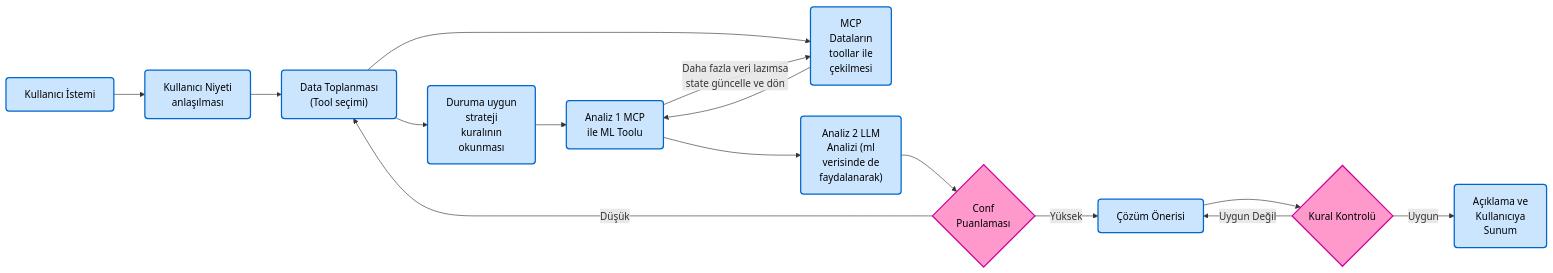
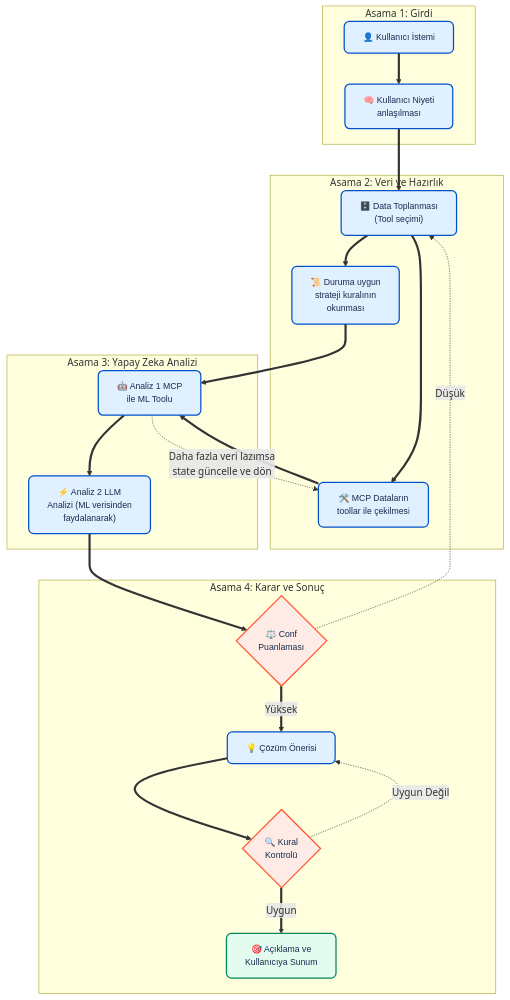
The first of 2 diagrams in ReadMe.md (onuralpArsln/mcpTutorial), drawn with Mermaid before and after one commit. The commit also changed other lines of this file, not shown here.

````diff
--- a/ReadMe.md
+++ b/ReadMe.md
@@ -91,44 +49,57 @@
 ```mermaid
-graph LR
-    %% Düğüm Tanımlamaları
-    A["Kullanıcı İstemi"]
-    B["Kullanıcı Niyeti<br>anlaşılması"]
-    C["Data Toplanması<br>(Tool seçimi)"]
-    D["Duruma uygun<br>strateji<br>kuralının<br>okunması"]
-    E["MCP<br>Dataların<br>toollar ile<br>çekilmesi"]
-    F["Analiz 1 MCP<br>ile ML Toolu"]
-    G["Analiz 2 LLM<br>Analizi (ml<br>verisinde de<br>faydalanarak)"]
-    H{"Conf<br>Puanlaması"}
-    I["Çözüm Önerisi"]
-    J{"Kural Kontrolü"}
-    K["Açıklama ve<br>Kullanıcıya<br>Sunum"]
+graph TD
+    %% Stil ve Renk Tanımlamaları
+    classDef default font-family:sans-serif,font-size:14px;
+    classDef blueBox fill:#E1F0FF,stroke:#0052CC,stroke-width:2px,color:#172B4D,rx:8px,ry:8px;
+    classDef pinkDiamond fill:#FFEBE6,stroke:#FF5630,stroke-width:2px,color:#172B4D;
+    classDef finalBox fill:#E3FCEF,stroke:#00875A,stroke-width:2px,color:#172B4D,rx:8px,ry:8px;
 
-    %% Akış Bağlantıları
-    A --> B --> C
+    %% Süreçleri Gruplama
+    subgraph Asama 1: Girdi
+        A["👤 Kullanıcı İstemi"]
+        B["🧠 Kullanıcı Niyeti<br>anlaşılması"]
+    end
+
+    subgraph Asama 2: Veri ve Hazırlık
+        C["🗄️ Data Toplanması<br>(Tool seçimi)"]
+        D["📜 Duruma uygun<br>strateji kuralının<br>okunması"]
+        E["🛠️ MCP Dataların<br>toollar ile çekilmesi"]
+    end
+
+    subgraph Asama 3: Yapay Zeka Analizi
+        F["🤖 Analiz 1 MCP<br>ile ML Toolu"]
+        G["⚡ Analiz 2 LLM<br>Analizi (ML verisinden<br>faydalanarak)"]
+    end
+
+    subgraph Asama 4: Karar ve Sonuç
+        H{"⚖️ Conf<br>Puanlaması"}
+        I["💡 Çözüm Önerisi"]
+        J{"🔍 Kural<br>Kontrolü"}
+        K["🎯 Açıklama ve<br>Kullanıcıya Sunum"]
+    end
+
+    %% Ana Akış Bağlantıları
+    A ==> B ==> C
     
-    C --> D
-    C --> E
+    C ==> D
+    C ==> E
     
-    D --> F
-    E --> F
+    D ==> F
+    E ==> F
+    F ==> G
+    G ==> H
     
-    F -->|Daha fazla veri lazımsa<br>state güncelle ve dön| E
-    F --> G
-    
-    G --> H
-    
-    H -->|Düşük| C
-    H -->|Yüksek| I
-    
-    I --> J
-    
-    J -->|Uygun Değil| I
-    J -->|Uygun| K
+    H ==>|Yüksek| I
+    I ==> J
+    J ==>|Uygun| K
 
-    %% Renklendirme ve Stiller
-    classDef blueBox fill:#cce5ff,stroke:#0066cc,stroke-width:2px,color:#000,rx:5px,ry:5px;
-    classDef pinkDiamond fill:#ff99cc,stroke:#cc0099,stroke-width:2px,color:#000;
+    %% Geri Dönüş / Döngü Bağlantıları
+    F -.->|Daha fazla veri lazımsa<br>state güncelle ve dön| E
+    H -.->|Düşük| C
+    J -.->|Uygun Değil| I
 
-    class A,B,C,D,E,F,G,I,K blueBox;
+    %% Sınıfların Düğümlere Atanması
+    class A,B,C,D,E,F,G,I blueBox;
     class H,J pinkDiamond;
+    class K finalBox;
 ```
````
